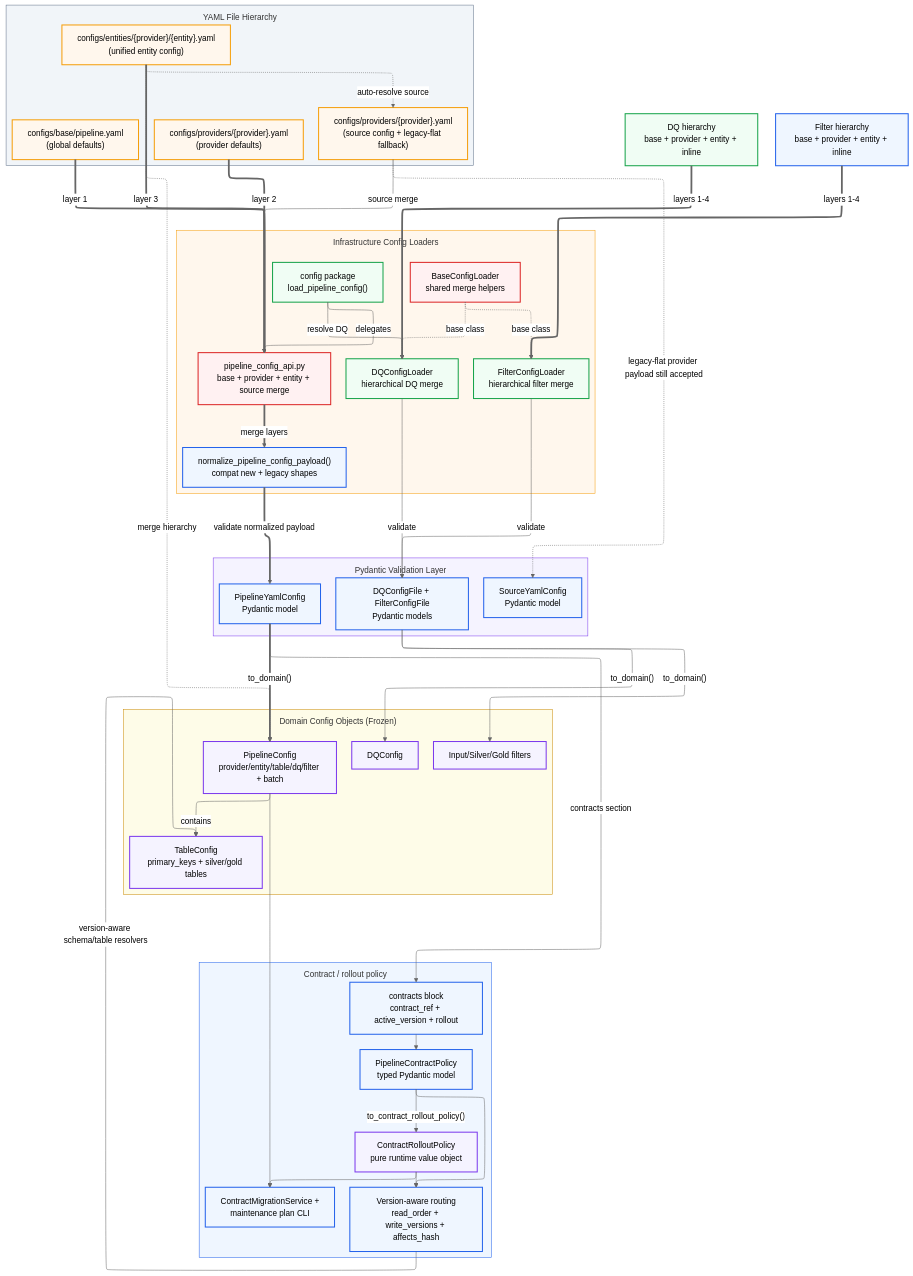
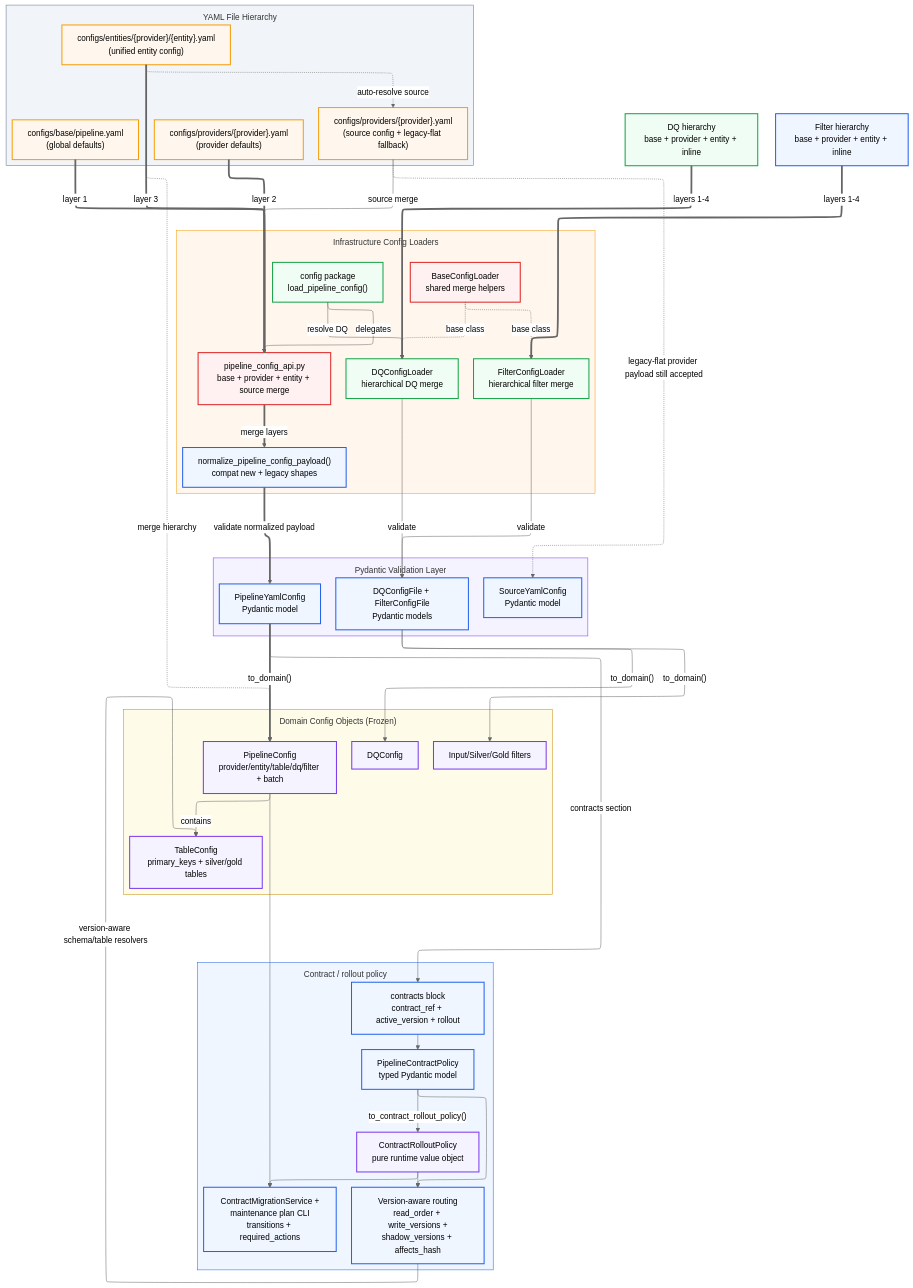
Before and after one commit to SatoryKono/BioactivityDataAcquisition: the diagram in docs/02-architecture/diagrams/foundation/46-yaml-config-resolution.mmd, drawn with Mermaid (neutral theme). The commit also changed 27 other files, not shown here.

```diff
--- a/docs/02-architecture/diagrams/foundation/46-yaml-config-resolution.mmd
+++ b/docs/02-architecture/diagrams/foundation/46-yaml-config-resolution.mmd
@@ -1,120 +1,120 @@
 %% Title: YAML Configuration and Contract Rollout Resolution Chain
 %% Covers: unified config path, contract rollout policy, and planner/runtime version routing
 %% Rank: 21 (Score 7.38) — Hierarchical config merge underpins every pipeline
 %% Updated: 2026-04-02
 
 %% @version 1.2.0
 %% @date    2026-04-02
 %% @type    flowchart
 %% @level   Mixed (System / Component / Class)
 %% @nodes   23
 %% @png-scale 6
 %% @png-dpi   600
 
 %%{init: {'layout': 'elk', 'flowchart': {'subGraphTitleMargin': {'top': 12, 'bottom': 12}}, 'elk': {'mergeEdges': true, 'nodePlacementStrategy': 'BRANDES_KOEPF', 'edgeRouting': 'ORTHOGONAL'}}}%%
 %% @uniform width=496 height=128 max_title_len=49 max_desc_lines=5
 flowchart TD
 %% keep-orphan: SOURCE_YAML_CFG, LEGACY_NORMALIZE
     subgraph YAML_FILES["YAML File Hierarchy"]
         direction TB
         BASE["configs/base/pipeline.yaml<br/>(global defaults)"]
         PROVIDER_BASE["configs/providers/{provider}.yaml<br/>(provider defaults)"]
         PIPELINE["configs/entities/{provider}/{entity}.yaml<br/>(unified entity config)"]
         SOURCE["configs/providers/{provider}.yaml<br/>(source config + legacy-flat fallback)"]
     end
 
     DQ_HIER["DQ hierarchy<br/>base + provider + entity + inline"]:::size-md
     FILTER_HIER["Filter hierarchy<br/>base + provider + entity + inline"]:::size-md
 
     subgraph LOADERS["Infrastructure Config Loaders"]
         direction TB
         CONFIG_LOADER["config package<br/>load_pipeline_config()"]
         BASE_CONFIG_LOADER["BaseConfigLoader<br/>shared merge helpers"]:::size-md
         DQ_CONFIG_LOADER["DQConfigLoader<br/>hierarchical DQ merge"]:::size-md
         FILTER_CONFIG_LOADER["FilterConfigLoader<br/>hierarchical filter merge"]:::size-md
         YAML_LOADER["pipeline_config_api.py<br/>base + provider + entity + source merge"]:::size-md
         LEGACY_NORMALIZE["normalize_pipeline_config_payload()<br/>compat new + legacy shapes"]
     end
 
     subgraph DOMAIN_CONFIG["Domain Config Objects (Frozen)"]
         direction TB
         PIPELINE_CONFIG["PipelineConfig<br/>provider/entity/table/dq/filter + batch"]
         TABLE_CONFIG["TableConfig<br/>primary_keys + silver/gold tables"]
         DQ_CONFIG["DQConfig"]:::size-sm
         FILTER_CONFIG["Input/Silver/Gold filters"]:::size-sm
     end
 
     subgraph CONTRACTS["Contract / rollout policy"]
         direction TB
         CONTRACT_BLOCK["contracts block<br/>contract_ref + active_version + rollout"]:::size-md
         CONTRACT_MODEL["PipelineContractPolicy<br/>typed Pydantic model"]:::size-md
         ROLLOUT_VO["ContractRolloutPolicy<br/>pure runtime value object"]:::size-md
-        ROUTING["Version-aware routing<br/>read_order + write_versions + affects_hash"]:::size-md
-        PLANNER["ContractMigrationService +<br/>maintenance plan CLI"]:::size-md
+        ROUTING["Version-aware routing<br/>read_order + write_versions +<br/>shadow_versions + affects_hash"]:::size-md
+        PLANNER["ContractMigrationService +<br/>maintenance plan CLI<br/>transitions + required_actions"]:::size-md
     end
 
     subgraph VALIDATION["Pydantic Validation Layer"]
         direction TB
         PIPELINE_YAML_CFG["PipelineYamlConfig<br/>Pydantic model"]
         SOURCE_YAML_CFG["SourceYamlConfig<br/>Pydantic model"]
         AUX_FILES["DQConfigFile + FilterConfigFile<br/>Pydantic models"]:::size-md
     end
 
     %% Pipeline config resolution
     BASE ==>|"layer 1"| YAML_LOADER
     PROVIDER_BASE ==>|"layer 2"| YAML_LOADER
     PIPELINE ==>|"layer 3"| YAML_LOADER
     SOURCE -->|"source merge"| YAML_LOADER
     YAML_LOADER ==>|"merge layers"| LEGACY_NORMALIZE
     LEGACY_NORMALIZE ==>|"validate normalized payload"| PIPELINE_YAML_CFG
     PIPELINE_YAML_CFG ==>|"to_domain()"| PIPELINE_CONFIG
     PIPELINE_CONFIG -->|"contains"| TABLE_CONFIG
     PIPELINE_YAML_CFG -->|"contracts section"| CONTRACT_BLOCK
     CONTRACT_BLOCK --> CONTRACT_MODEL -->|"to_contract_rollout_policy()"| ROLLOUT_VO
     CONTRACT_MODEL --> ROUTING
     ROLLOUT_VO --> ROUTING
     ROUTING -->|"version-aware schema/table resolvers"| TABLE_CONFIG
     ROLLOUT_VO --> PLANNER
     PIPELINE_CONFIG --> PLANNER
 
     %% DQ resolution
     DQ_HIER ==>|"layers 1-4"| DQ_CONFIG_LOADER
     DQ_CONFIG_LOADER -->|"validate"| AUX_FILES
     AUX_FILES -->|"to_domain()"| DQ_CONFIG
 
     %% Filter resolution
     FILTER_HIER ==>|"layers 1-4"| FILTER_CONFIG_LOADER
     FILTER_CONFIG_LOADER -->|"validate"| AUX_FILES
     AUX_FILES -->|"to_domain()"| FILTER_CONFIG
 
     %% Inheritance
     BASE_CONFIG_LOADER -.->|"base class"| DQ_CONFIG_LOADER
     BASE_CONFIG_LOADER -.->|"base class"| FILTER_CONFIG_LOADER
     CONFIG_LOADER -->|"delegates"| YAML_LOADER
     CONFIG_LOADER -->|"resolve DQ"| DQ_CONFIG_LOADER
 
     %% Convention-based auto-resolution (ADR-029)
     PIPELINE -.->|"auto-resolve source"| SOURCE
     PIPELINE -.->|"merge hierarchy"| PIPELINE_CONFIG
     SOURCE -.->|"legacy-flat provider payload still accepted"| SOURCE_YAML_CFG
 
     %% Merge rules
     classDef storage fill:#fff7ed,stroke:#f59e0b,stroke-width:2px
     classDef adapter fill:#fff1f2,stroke:#dc2626,stroke-width:2px
     classDef service fill:#f0fdf4,stroke:#16a34a,stroke-width:2px
     classDef port fill:#f5f3ff,stroke:#7c3aed,stroke-width:2px
     classDef process fill:#eff6ff,stroke:#2563eb,stroke-width:2px
 
     class BASE,PROVIDER_BASE,PIPELINE,SOURCE,DQ_HIER,FILTER_HIER storage
     class CONFIG_LOADER,BASE_CONFIG_LOADER,DQ_CONFIG_LOADER,FILTER_CONFIG_LOADER,YAML_LOADER adapter
     class PIPELINE_CONFIG,TABLE_CONFIG,DQ_CONFIG,FILTER_CONFIG,ROLLOUT_VO port
     class PIPELINE_YAML_CFG,SOURCE_YAML_CFG,AUX_FILES,LEGACY_NORMALIZE,CONTRACT_BLOCK,CONTRACT_MODEL,ROUTING,PLANNER process
     class DQ_CONFIG_LOADER,FILTER_CONFIG_LOADER,CONFIG_LOADER service
 
     style YAML_FILES fill:#f1f5f9,stroke:#64748b
     style DQ_HIER fill:#f0fdf4,stroke:#16a34a
     style FILTER_HIER fill:#eff6ff,stroke:#2563eb
     style LOADERS fill:#fff7ed,stroke:#f59e0b
     style DOMAIN_CONFIG fill:#fefce8,stroke:#ca8a04
     style CONTRACTS fill:#eff6ff,stroke:#2563eb
     style VALIDATION fill:#f5f3ff,stroke:#7c3aed
```
